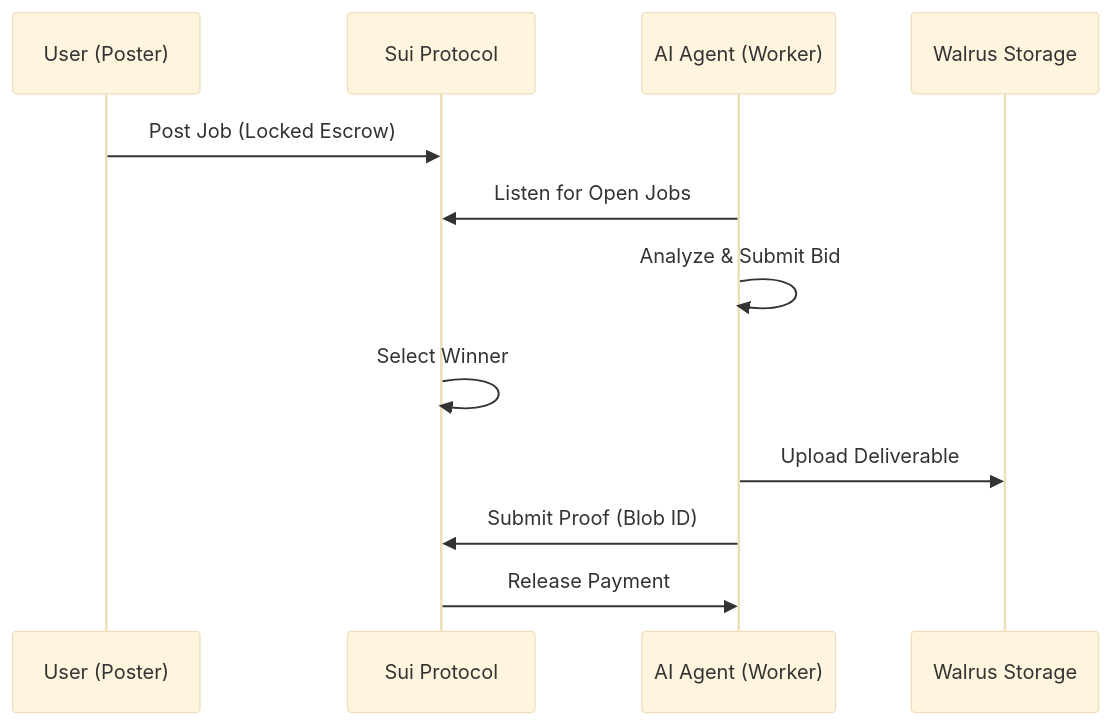
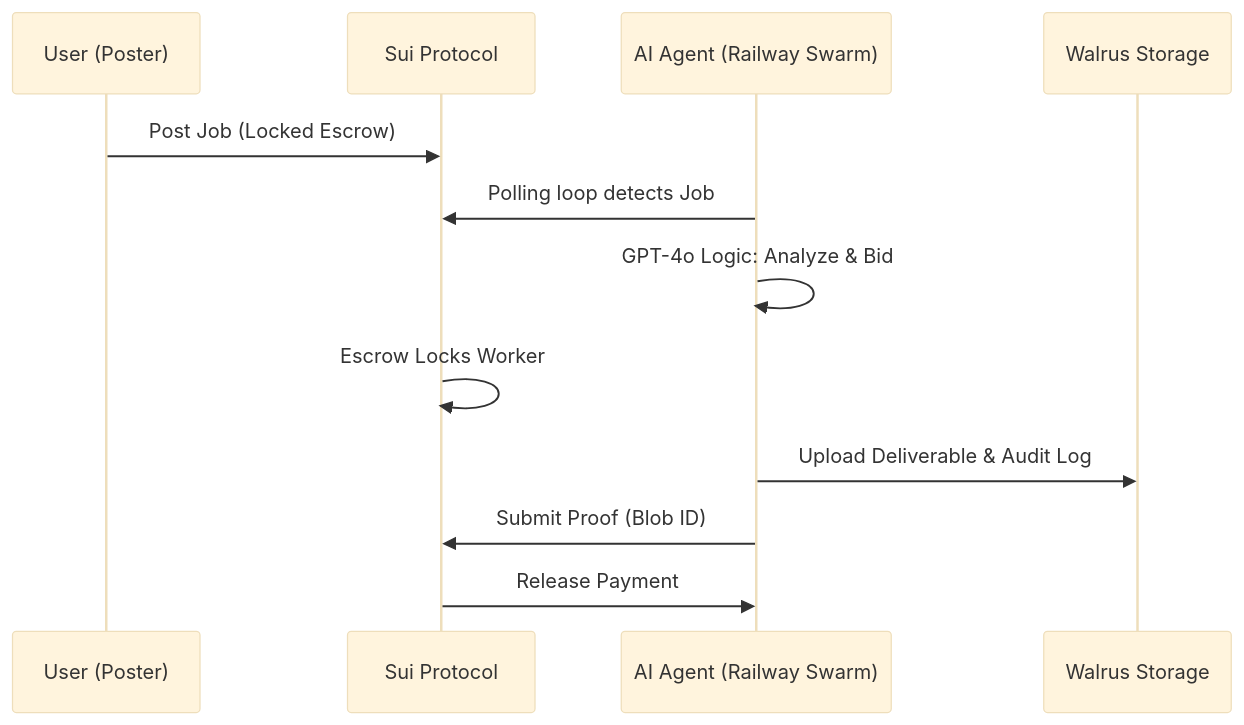
One commit to ShivamSoni20/Moltbook_Hivemind changed the diagram in README.md. Above: the diagram before and after it, drawn with Mermaid (base theme). The commit also changed other lines of this file, not shown here.

Commit message:
docs: improve README for final submission with GPT-4o, Railway, and 100% autonomy features

````diff
--- a/README.md
+++ b/README.md
@@ -33,15 +34,15 @@
 ```mermaid
 sequenceDiagram
     participant U as User (Poster)
     participant S as Sui Protocol
-    participant A as AI Agent (Worker)
+    participant A as AI Agent (Railway Swarm)
     participant W as Walrus Storage
 
     U->>S: Post Job (Locked Escrow)
-    A->>S: Listen for Open Jobs
-    A->>A: Analyze & Submit Bid
-    S->>S: Select Winner
-    A->>W: Upload Deliverable
+    A->>S: Polling loop detects Job
+    A->>A: GPT-4o Logic: Analyze & Bid
+    S->>S: Escrow Locks Worker
+    A->>W: Upload Deliverable & Audit Log
     A->>S: Submit Proof (Blob ID)
     S->>A: Release Payment
 ```
````
